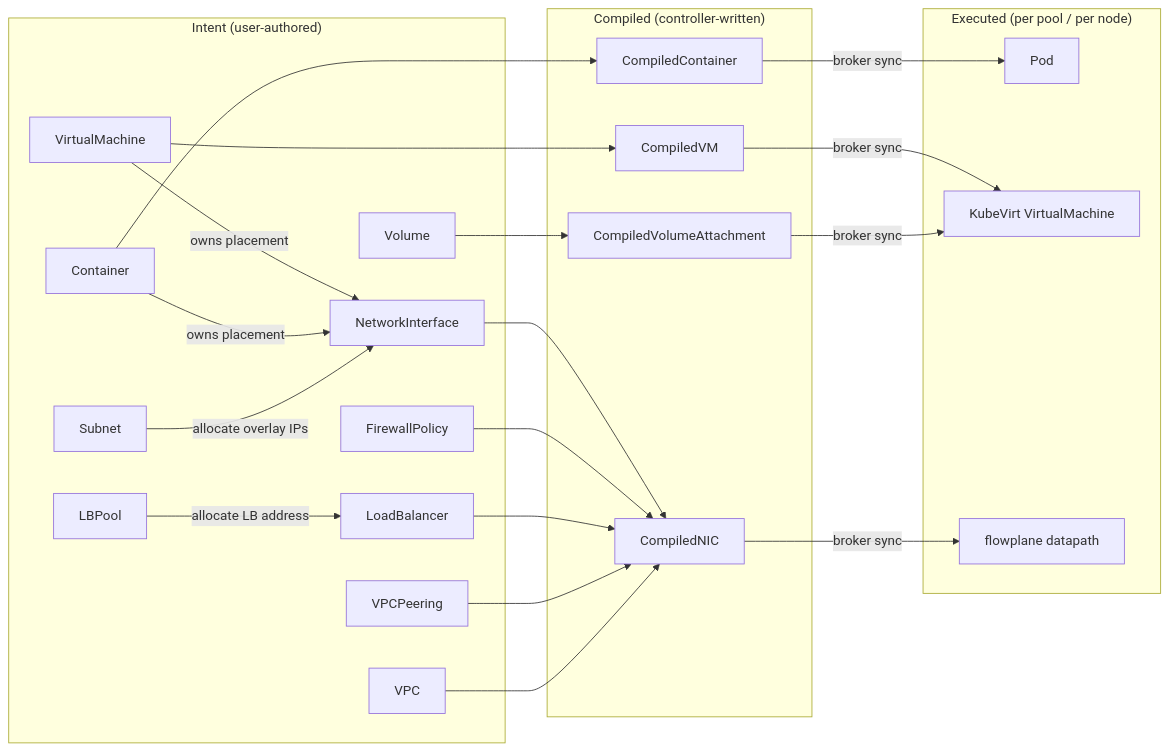
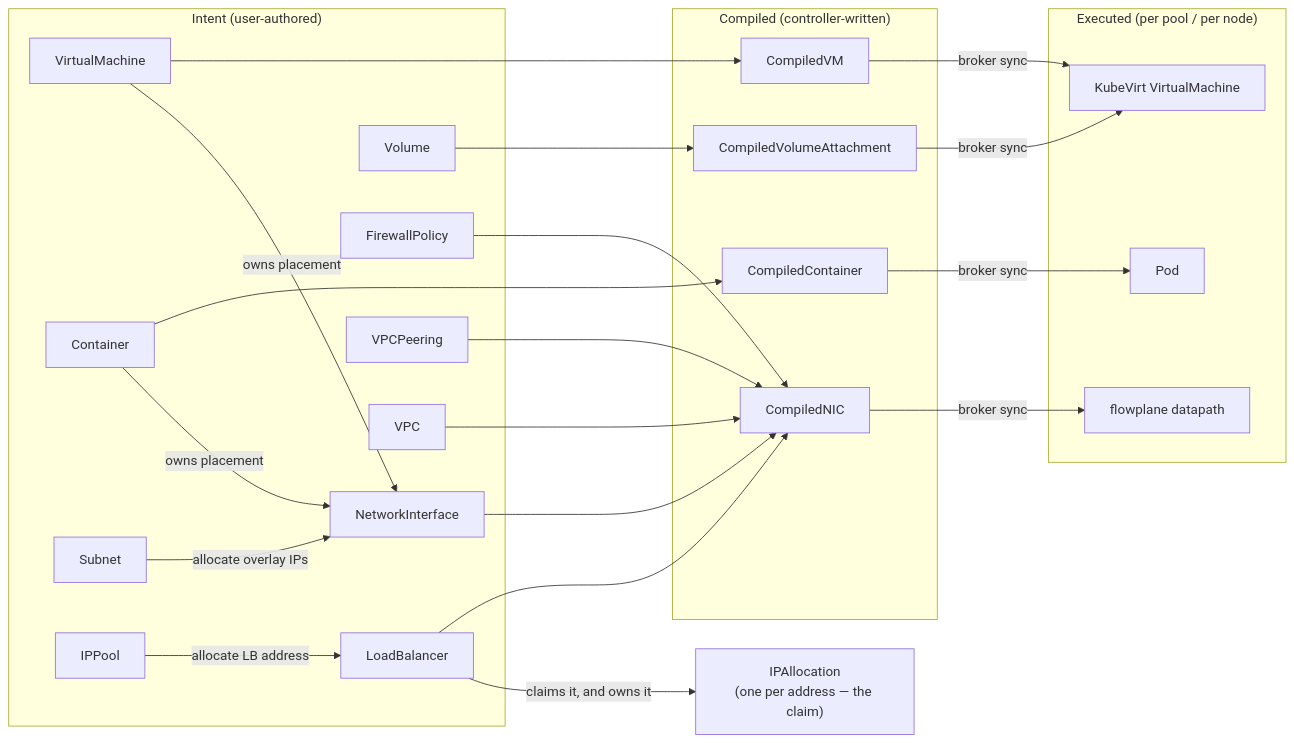
One commit to trevex/ectobase changed the diagram in docs/reference/crd-interactions.md. Above: the diagram before and after it, drawn with Mermaid. The commit also changed other lines of this file and 6 other files, not shown here.

First line of the commit message:
docs(ipam): describe IPPool and IPAllocation, not LBPool

````diff
--- a/docs/reference/crd-interactions.md
+++ b/docs/reference/crd-interactions.md
@@ -33,41 +38,44 @@
 ```mermaid
 flowchart LR
     subgraph intent["Intent (user-authored)"]
         VM[VirtualMachine]
         CT[Container]
         NIC[NetworkInterface]
         VOL[Volume]
         FW[FirewallPolicy]
         LB[LoadBalancer]
         PEER[VPCPeering]
         VPC[VPC]
         SUBNET[Subnet]
-        LBPOOL[LBPool]
+        POOL[IPPool]
     end
+
+    ALLOC["IPAllocation<br/>(one per address — the claim)"]
 
     subgraph compiled["Compiled (controller-written)"]
         CNIC[CompiledNIC]
         CVM[CompiledVM]
         CCT[CompiledContainer]
         CVA[CompiledVolumeAttachment]
     end
 
     subgraph exec["Executed (per pool / per node)"]
         POD[Pod]
         KVM[KubeVirt VirtualMachine]
         DP[flowplane datapath]
     end
 
     VM & CT -->|owns placement| NIC
     SUBNET -->|allocate overlay IPs| NIC
-    LBPOOL -->|allocate LB address| LB
+    POOL -->|allocate LB address| LB
+    LB -->|claims it, and owns it| ALLOC
     NIC & FW & LB & PEER & VPC --> CNIC
     VM --> CVM
     CT --> CCT
     VOL --> CVA
 
     CNIC -->|broker sync| DP
     CVM -->|broker sync| KVM
     CCT -->|broker sync| POD
     CVA -->|broker sync| KVM
 ```
````
